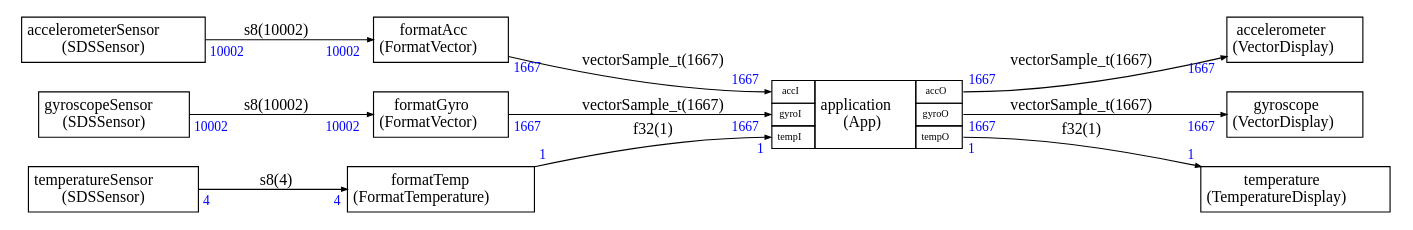
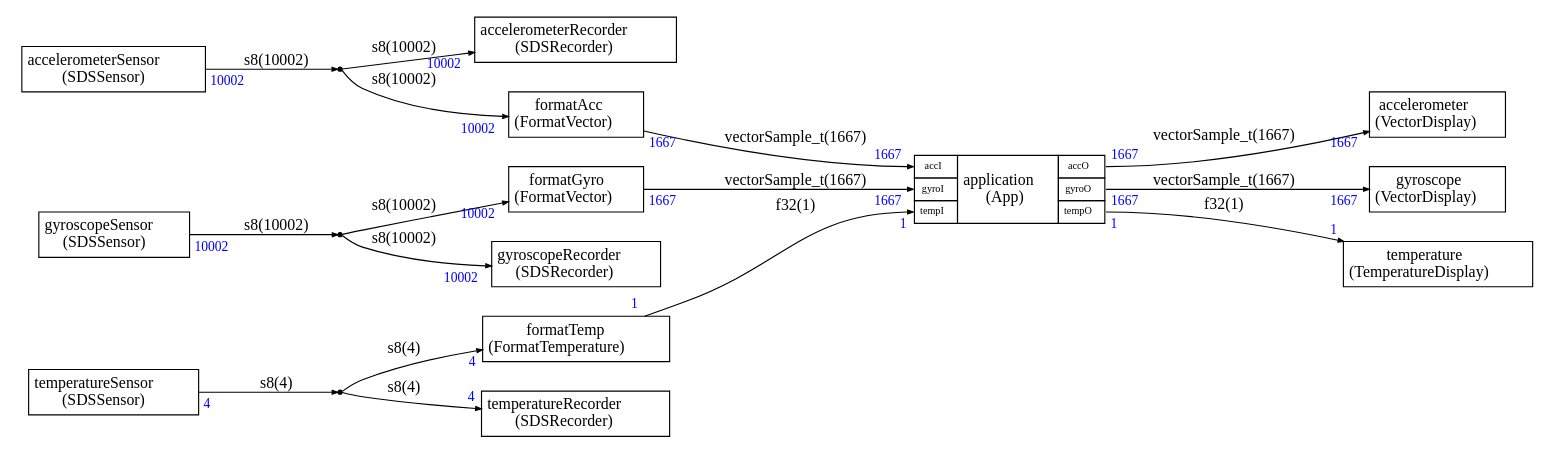
One commit to christophe0606/SDS-Framework changed the diagram in demo/Stream/demo.dot. Above: the diagram before and after it, drawn with Graphviz. The commit also changed 21 other files, not shown here.

```diff
--- a/demo/Stream/demo.dot
+++ b/demo/Stream/demo.dot
@@ -13,6 +13,13 @@
 <TABLE BORDER="0" CELLBORDER="1" CELLSPACING="0" CELLPADDING="4">
   <TR>
     <TD ALIGN="CENTER" PORT="i">accelerometer<BR/>(VectorDisplay)</TD>
+  </TR>
+</TABLE>>];
+
+accelerometerRecorder [label=<
+<TABLE BORDER="0" CELLBORDER="1" CELLSPACING="0" CELLPADDING="4">
+  <TR>
+    <TD ALIGN="CENTER" PORT="i">accelerometerRecorder<BR/>(SDSRecorder)</TD>
   </TR>
 </TABLE>>];
 
@@ -43,6 +50,12 @@
 
 </TABLE>>];
 
+dup0 [shape=point,label=dup0]
+
+dup1 [shape=point,label=dup1]
+
+dup2 [shape=point,label=dup2]
+
 formatAcc [label=<
 <TABLE BORDER="0" CELLBORDER="1" CELLSPACING="0" CELLPADDING="4">
   <TR>
@@ -71,6 +84,13 @@
   </TR>
 </TABLE>>];
 
+gyroscopeRecorder [label=<
+<TABLE BORDER="0" CELLBORDER="1" CELLSPACING="0" CELLPADDING="4">
+  <TR>
+    <TD ALIGN="CENTER" PORT="i">gyroscopeRecorder<BR/>(SDSRecorder)</TD>
+  </TR>
+</TABLE>>];
+
 gyroscopeSensor [label=<
 <TABLE BORDER="0" CELLBORDER="1" CELLSPACING="0" CELLPADDING="4">
   <TR>
@@ -85,6 +105,13 @@
   </TR>
 </TABLE>>];
 
+temperatureRecorder [label=<
+<TABLE BORDER="0" CELLBORDER="1" CELLSPACING="0" CELLPADDING="4">
+  <TR>
+    <TD ALIGN="CENTER" PORT="i">temperatureRecorder<BR/>(SDSRecorder)</TD>
+  </TR>
+</TABLE>>];
+
 temperatureSensor [label=<
 <TABLE BORDER="0" CELLBORDER="1" CELLSPACING="0" CELLPADDING="4">
   <TR>
@@ -93,24 +120,6 @@
 </TABLE>>];
 
 
-
-accelerometerSensor:i -> formatAcc:i [label="s8(10002)"
-,headlabel=<<TABLE BORDER="0" CELLPADDING="2"><TR><TD><FONT COLOR="blue" POINT-SIZE="12.0" >10002</FONT>
-</TD></TR></TABLE>>
-,taillabel=<<TABLE BORDER="0" CELLPADDING="2"><TR><TD><FONT COLOR="blue" POINT-SIZE="12.0" >10002</FONT>
-</TD></TR></TABLE>>]
-
-gyroscopeSensor:i -> formatGyro:i [label="s8(10002)"
-,headlabel=<<TABLE BORDER="0" CELLPADDING="2"><TR><TD><FONT COLOR="blue" POINT-SIZE="12.0" >10002</FONT>
-</TD></TR></TABLE>>
-,taillabel=<<TABLE BORDER="0" CELLPADDING="2"><TR><TD><FONT COLOR="blue" POINT-SIZE="12.0" >10002</FONT>
-</TD></TR></TABLE>>]
-
-temperatureSensor:i -> formatTemp:i [label="s8(4)"
-,headlabel=<<TABLE BORDER="0" CELLPADDING="2"><TR><TD><FONT COLOR="blue" POINT-SIZE="12.0" >4</FONT>
-</TD></TR></TABLE>>
-,taillabel=<<TABLE BORDER="0" CELLPADDING="2"><TR><TD><FONT COLOR="blue" POINT-SIZE="12.0" >4</FONT>
-</TD></TR></TABLE>>]
 
 formatAcc:i -> application:accI [label="vectorSample_t(1667)"
 ,headlabel=<<TABLE BORDER="0" CELLPADDING="2"><TR><TD><FONT COLOR="blue" POINT-SIZE="12.0" >1667</FONT>
@@ -148,5 +157,59 @@
 ,taillabel=<<TABLE BORDER="0" CELLPADDING="2"><TR><TD><FONT COLOR="blue" POINT-SIZE="12.0" >1</FONT>
 </TD></TR></TABLE>>]
 
+accelerometerSensor:i ->  
+dup0 [label="s8(10002)"
+
+,taillabel=<<TABLE BORDER="0" CELLPADDING="2"><TR><TD><FONT COLOR="blue" POINT-SIZE="12.0" >10002</FONT>
+</TD></TR></TABLE>>]
+
+ 
+dup0 -> formatAcc:i [label="s8(10002)"
+,headlabel=<<TABLE BORDER="0" CELLPADDING="2"><TR><TD><FONT COLOR="blue" POINT-SIZE="12.0" >10002</FONT>
+</TD></TR></TABLE>>
+]
+
+ 
+dup0 -> accelerometerRecorder:i [label="s8(10002)"
+,headlabel=<<TABLE BORDER="0" CELLPADDING="2"><TR><TD><FONT COLOR="blue" POINT-SIZE="12.0" >10002</FONT>
+</TD></TR></TABLE>>
+]
+
+gyroscopeSensor:i ->  
+dup1 [label="s8(10002)"
+
+,taillabel=<<TABLE BORDER="0" CELLPADDING="2"><TR><TD><FONT COLOR="blue" POINT-SIZE="12.0" >10002</FONT>
+</TD></TR></TABLE>>]
+
+ 
+dup1 -> formatGyro:i [label="s8(10002)"
+,headlabel=<<TABLE BORDER="0" CELLPADDING="2"><TR><TD><FONT COLOR="blue" POINT-SIZE="12.0" >10002</FONT>
+</TD></TR></TABLE>>
+]
+
+ 
+dup1 -> gyroscopeRecorder:i [label="s8(10002)"
+,headlabel=<<TABLE BORDER="0" CELLPADDING="2"><TR><TD><FONT COLOR="blue" POINT-SIZE="12.0" >10002</FONT>
+</TD></TR></TABLE>>
+]
+
+temperatureSensor:i ->  
+dup2 [label="s8(4)"
+
+,taillabel=<<TABLE BORDER="0" CELLPADDING="2"><TR><TD><FONT COLOR="blue" POINT-SIZE="12.0" >4</FONT>
+</TD></TR></TABLE>>]
+
+ 
+dup2 -> formatTemp:i [label="s8(4)"
+,headlabel=<<TABLE BORDER="0" CELLPADDING="2"><TR><TD><FONT COLOR="blue" POINT-SIZE="12.0" >4</FONT>
+</TD></TR></TABLE>>
+]
+
+ 
+dup2 -> temperatureRecorder:i [label="s8(4)"
+,headlabel=<<TABLE BORDER="0" CELLPADDING="2"><TR><TD><FONT COLOR="blue" POINT-SIZE="12.0" >4</FONT>
+</TD></TR></TABLE>>
+]
+
 
 }
```
